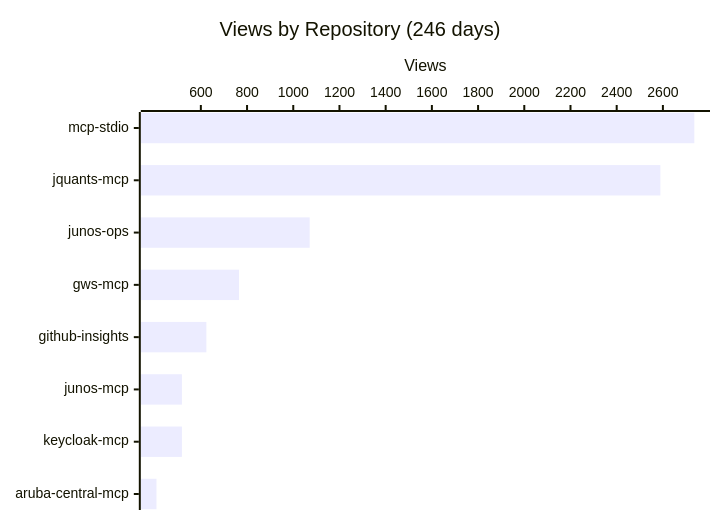
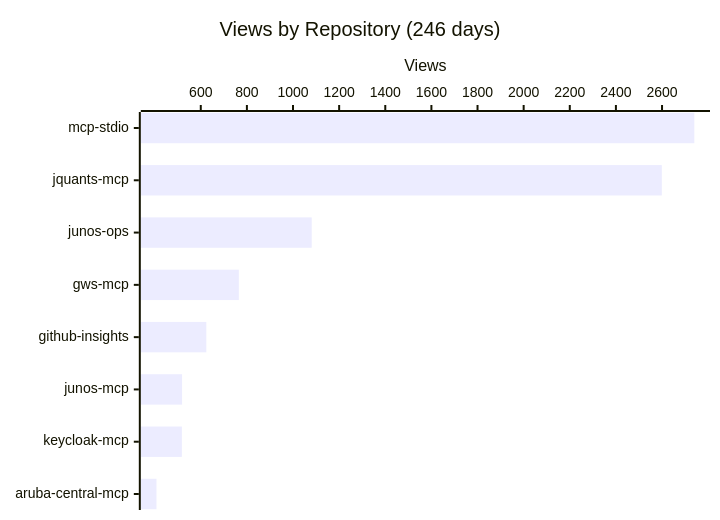
Before and after one commit to shigechika/github-insights: the first of 4 diagrams in README.md, drawn with Mermaid. The commit also changed other lines of this file and 1 other file, not shown here.

````diff
--- a/README.md
+++ b/README.md
@@ -18,7 +18,7 @@
 ```mermaid
 xychart-beta horizontal
     title "Views by Repository (246 days)"
     x-axis ["mcp-stdio", "jquants-mcp", "junos-ops", "gws-mcp", "github-insights", "junos-mcp", "keycloak-mcp", "aruba-central-mcp"]
     y-axis "Views"
-    bar [2736, 2589, 1071, 765, 624, 518, 518, 408]
+    bar [2740, 2599, 1081, 765, 624, 519, 518, 408]
 ```
````
